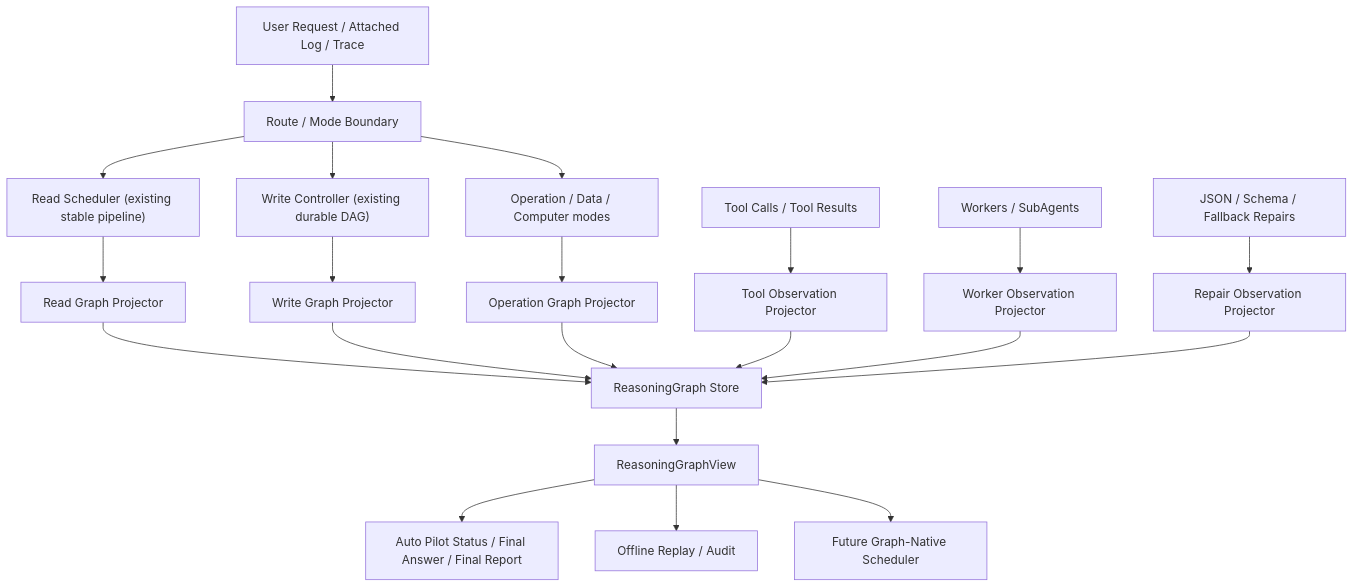
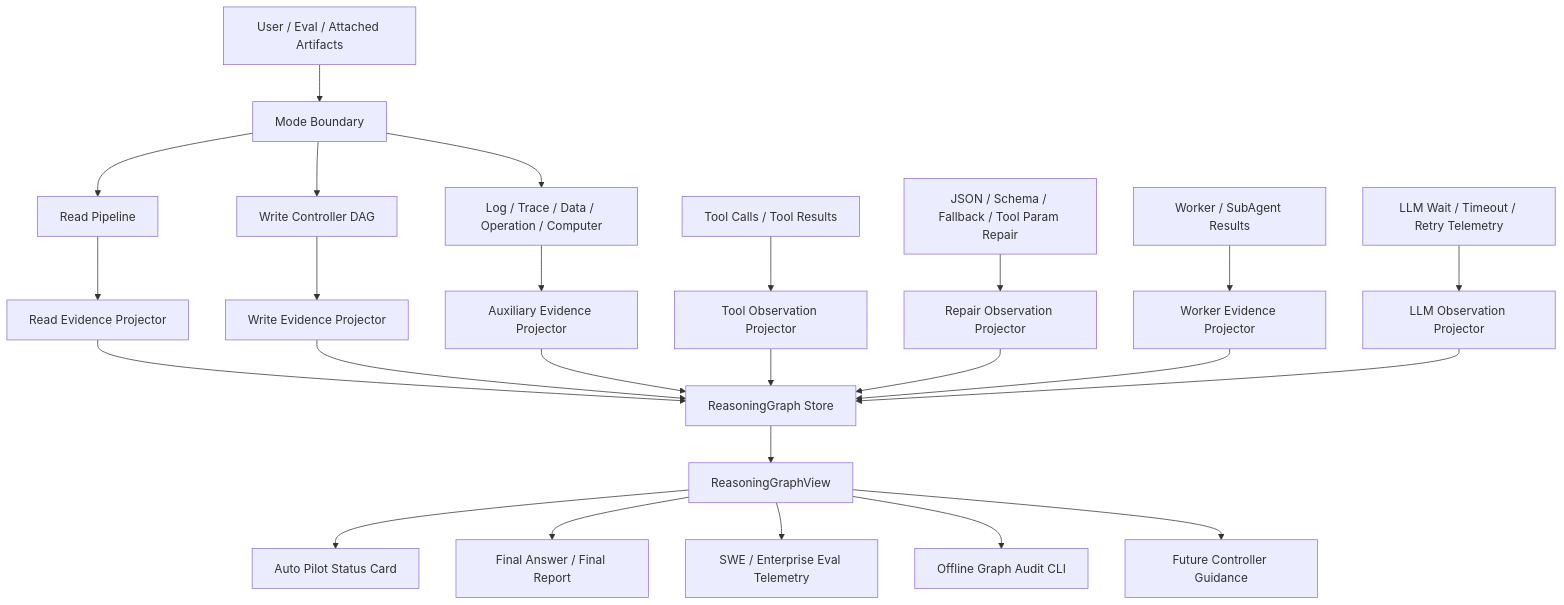
The diagram in docs/design/URGR_prompt_cn.md (hanchaoqun/codrax), drawn with Mermaid before and after one commit. The commit also changed other lines of this file, not shown here.

Commit message:
docs: refocus URGR on commercial evidence ledger

````diff
--- a/docs/design/URGR_prompt_cn.md
+++ b/docs/design/URGR_prompt_cn.md
@@ -234,28 +45,31 @@
 ```mermaid
 flowchart TD
-  U["User Request / Attached Log / Trace"] --> R["Route / Mode Boundary"]
-  R --> Read["Read Scheduler (existing stable pipeline)"]
-  R --> Write["Write Controller (existing durable DAG)"]
-  R --> Op["Operation / Data / Computer modes"]
+  U["User / Eval / Attached Artifacts"] --> Mode["Mode Boundary"]
+  Mode --> Read["Read Pipeline"]
+  Mode --> Write["Write Controller DAG"]
+  Mode --> Other["Log / Trace / Data / Operation / Computer"]
 
-  Read --> RP["Read Graph Projector"]
-  Write --> WP["Write Graph Projector"]
-  Op --> OP["Operation Graph Projector"]
+  Read --> RP["Read Evidence Projector"]
+  Write --> WP["Write Evidence Projector"]
+  Other --> OP["Auxiliary Evidence Projector"]
 
-  RP --> G["ReasoningGraph Store"]
-  WP --> G
-  OP --> G
+  Tool["Tool Calls / Tool Results"] --> TP["Tool Observation Projector"]
+  Repair["JSON / Schema / Fallback / Tool Param Repair"] --> REP["Repair Observation Projector"]
+  Worker["Worker / SubAgent Results"] --> WRP["Worker Evidence Projector"]
+  Wait["LLM Wait / Timeout / Retry Telemetry"] --> LWP["LLM Observation Projector"]
 
-  Tools["Tool Calls / Tool Results"] --> TP["Tool Observation Projector"]
-  Workers["Workers / SubAgents"] --> SP["Worker Observation Projector"]
-  Repairs["JSON / Schema / Fallback Repairs"] --> FP["Repair Observation Projector"]
+  RP --> Store["ReasoningGraph Store"]
+  WP --> Store
+  OP --> Store
+  TP --> Store
+  REP --> Store
+  WRP --> Store
+  LWP --> Store
 
-  TP --> G
-  SP --> G
-  FP --> G
-
-  G --> V["ReasoningGraphView"]
-  V --> UX["Auto Pilot Status / Final Answer / Final Report"]
-  V --> Replay["Offline Replay / Audit"]
-  V --> Future["Future Graph-Native Scheduler"]
+  Store --> View["ReasoningGraphView"]
+  View --> Status["Auto Pilot Status Card"]
+  View --> Final["Final Answer / Final Report"]
+  View --> Eval["SWE / Enterprise Eval Telemetry"]
+  View --> Audit["Offline Graph Audit CLI"]
+  View --> Control["Future Controller Guidance"]
 ```
````
